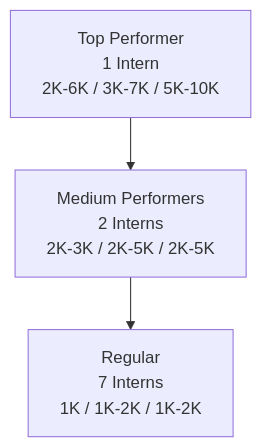
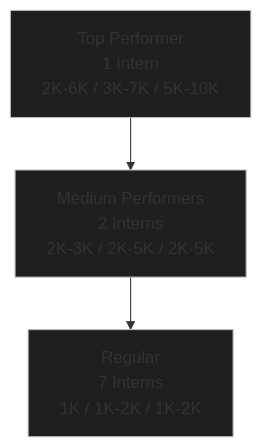
Before and after one commit to kactlabs/wiki: the diagram in intern-payment-structure.mmd, drawn with Mermaid.

Commit message:
Updates for 2025-12-07

```diff
--- a/intern-payment-structure.mmd
+++ b/intern-payment-structure.mmd
@@ -1,7 +1,14 @@
 graph TD
 
-    A[Top Performer<br/>1 Intern<br/>2K-6K / 3K-7K / 5K-10K] 
-    B[Medium Performers<br/>2 Interns<br/>2K-3K / 2K-5K / 2K-5K]
-    C[Regular<br/>7 Interns<br/>1K / 1K-2K / 1K-2K]
+    A[Top Performer<br/>1 Intern<br/>2K-6K / 3K-7K / 5K-10K]
 
-    A --> B --> C
+    B1[Medium Performers<br/>2 Interns<br/>2K-3K / 2K-5K / 2K-5K]
+
+    C1[Regular<br/>7 Interns<br/>1K / 1K-2K / 1K-2K]
+
+    A --> B1
+    B1 --> C1
+
+    style A fill:#1f1f1f,stroke:#bbb,stroke-width:1px
+    style B1 fill:#1f1f1f,stroke:#bbb,stroke-width:1px
+    style C1 fill:#1f1f1f,stroke:#bbb,stroke-width:1px
```
